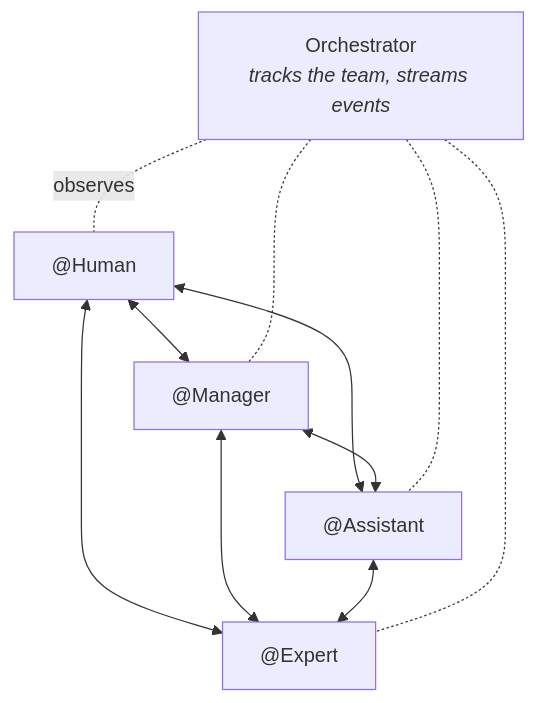
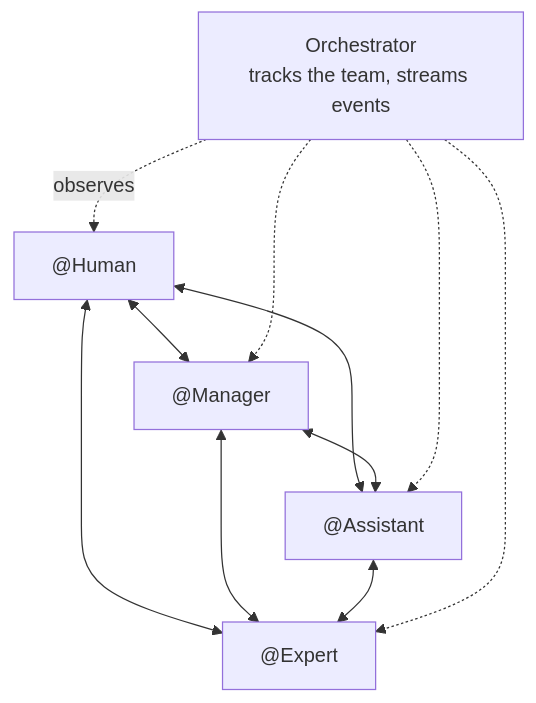
One commit to b12consulting/akgentic changed the diagram in README.md. Above: the diagram before and after it, drawn with Mermaid. The commit also changed other lines of this file, not shown here.

Commit message:
docs: drop HTML styling from the team diagram label
Under the flowchart config GitHub renders with (htmlLabels disabled), the
<i> tags in the orchestrator's label are not interpreted -- they reach the
SVG as literal text, so the caption reads with the markup showing. Verified
by rendering the block through a real browser at securityLevel strict and
htmlLabels false: the <i> version leaks a tag fragment, this one leaks none.

Also switch the observer edges to the documented spaced form
(-. observes .->) and plain dotted arrows, which carry the same meaning with
no construct that depends on a renderer's HTML handling. <br/> stays: it is
handled in both label modes.

Relates to #54

````diff
--- a/README.md
+++ b/README.md
@@ -56,14 +56,14 @@
 ```mermaid
 flowchart TD
     H["@Human"] <--> M["@Manager"]
     H <--> A["@Assistant"]
     H <--> E["@Expert"]
     M <--> A
     M <--> E
     A <--> E
-    O["Orchestrator<br/><i>tracks the team, streams events</i>"]
-    O -.observes.- H
-    O -.- M
-    O -.- A
-    O -.- E
+    O["Orchestrator<br/>tracks the team, streams events"]
+    O -. observes .-> H
+    O -.-> M
+    O -.-> A
+    O -.-> E
 ```
````
